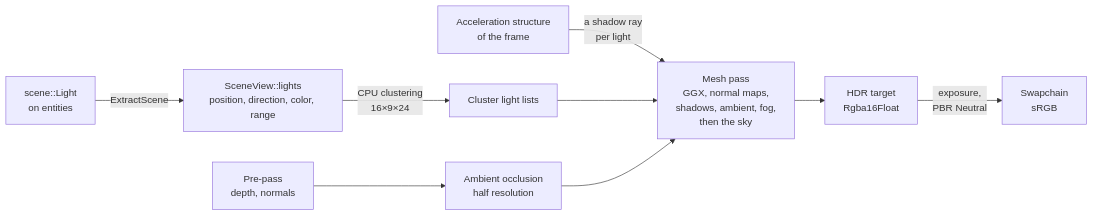
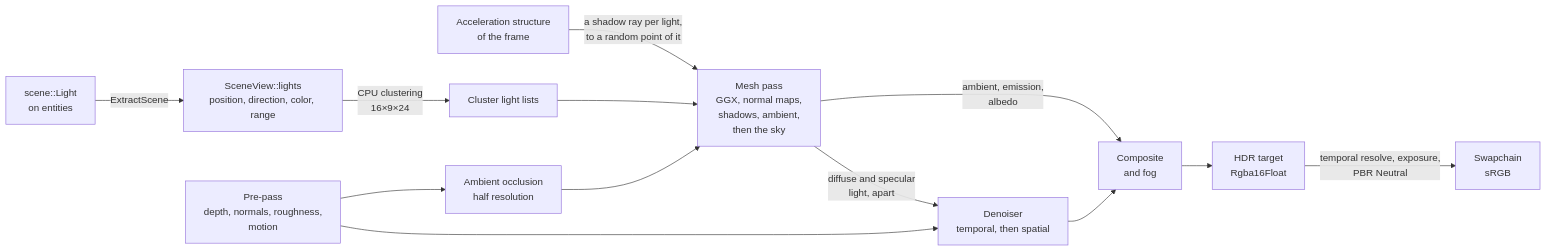
One commit to SBXdev3D/daidalos-engine-next changed the eighth of 12 diagrams in docs/ARCHITECTURE.md. Above: the diagram before and after it, drawn with Mermaid. The commit also changed other lines of this file and 39 other files, not shown here.

First line of the commit message:
Phase 9.8: denoiser and soft shadows (#30)

````diff
--- a/docs/ARCHITECTURE.md
+++ b/docs/ARCHITECTURE.md
@@ -177,11 +179,15 @@
 ```mermaid
 flowchart LR
     E["scene::Light<br/>on entities"] -->|"ExtractScene"| L["SceneView::lights<br/>position, direction, color, range"]
-    AS["Acceleration structure<br/>of the frame"] -->|"a shadow ray<br/>per light"| M
+    AS["Acceleration structure<br/>of the frame"] -->|"a shadow ray per light,<br/>to a random point of it"| M
     L -->|"CPU clustering<br/>16×9×24"| CL["Cluster light lists"]
-    CL --> M["Mesh pass<br/>GGX, normal maps,<br/>shadows, ambient, fog,<br/>then the sky"]
-    P["Pre-pass<br/>depth, normals"] --> AO["Ambient occlusion<br/>half resolution"]
+    CL --> M["Mesh pass<br/>GGX, normal maps,<br/>shadows, ambient,<br/>then the sky"]
+    P["Pre-pass<br/>depth, normals, roughness,<br/>motion"] --> AO["Ambient occlusion<br/>half resolution"]
     AO --> M
-    M --> H["HDR target<br/>Rgba16Float"]
-    H -->|"exposure,<br/>PBR Neutral"| S["Swapchain<br/>sRGB"]
+    M -->|"diffuse and specular<br/>light, apart"| DN["Denoiser<br/>temporal, then spatial"]
+    P --> DN
+    M -->|"ambient, emission,<br/>albedo"| CO["Composite<br/>and fog"]
+    DN --> CO
+    CO --> H["HDR target<br/>Rgba16Float"]
+    H -->|"temporal resolve, exposure,<br/>PBR Neutral"| S["Swapchain<br/>sRGB"]
 ```
````
